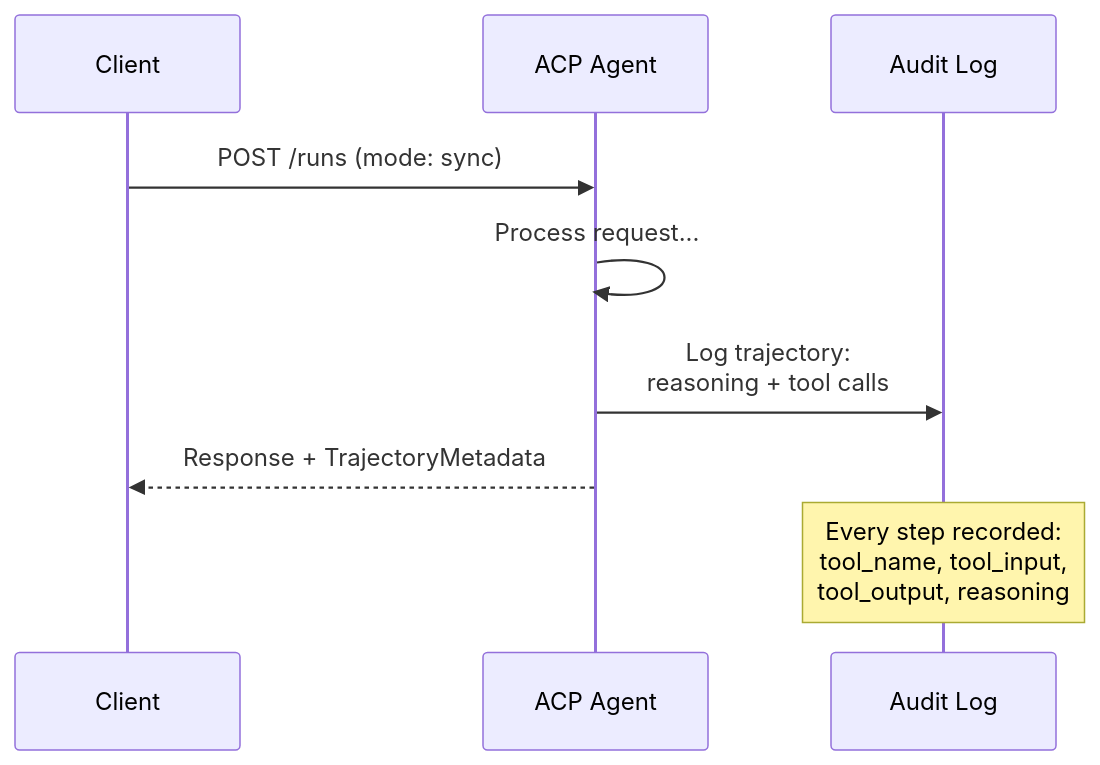
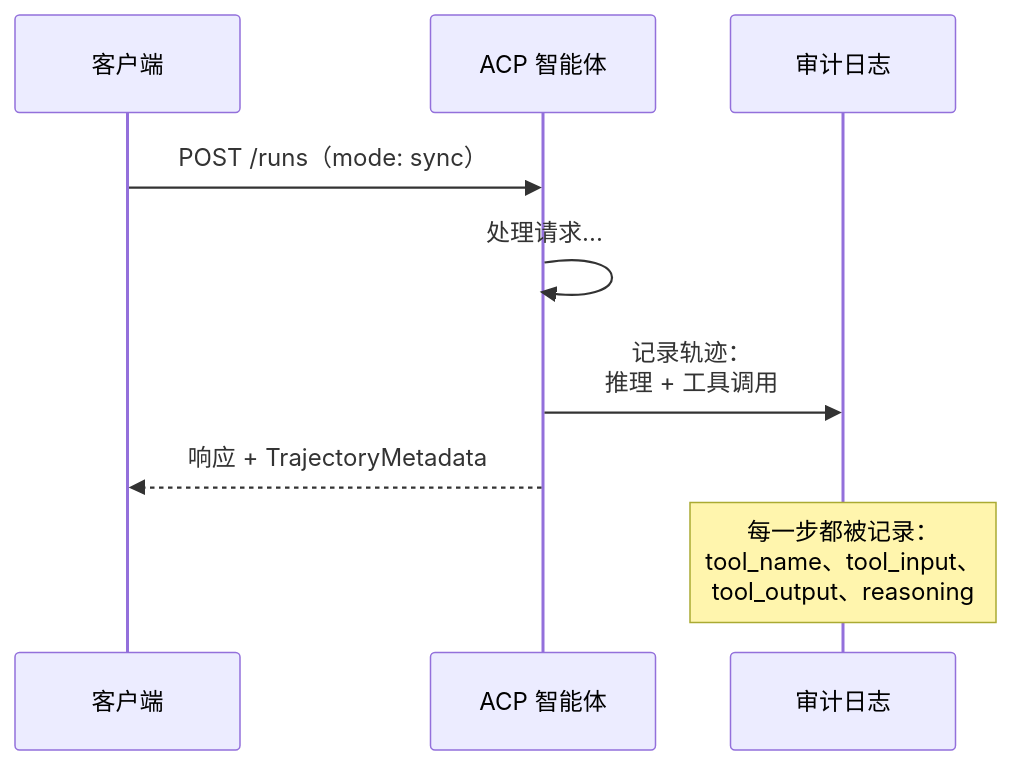
The fifth of 13 diagrams in phases/16-multi-agent-and-swarms/03-communication-protocols/docs/zh-CN.md (husky1102/ai-engineering-from-scratch-zh), drawn with Mermaid before and after one commit. The commit also changed other lines of this file and 1 other file, not shown here.

````diff
--- a/phases/16-multi-agent-and-swarms/03-communication-protocols/docs/zh-CN.md
+++ b/phases/16-multi-agent-and-swarms/03-communication-protocols/docs/zh-CN.md
@@ -293,12 +293,12 @@
 ```mermaid
 sequenceDiagram
-    participant Client
-    participant ACP as ACP Agent
-    participant Audit as Audit Log
+    participant Client as 客户端
+    participant ACP as ACP 智能体
+    participant Audit as 审计日志
 
-    Client->>ACP: POST /runs (mode: sync)
-    ACP->>ACP: Process request...
-    ACP->>Audit: Log trajectory:<br/>reasoning + tool calls
-    ACP-->>Client: Response + TrajectoryMetadata
-    Note over Audit: Every step recorded:<br/>tool_name, tool_input,<br/>tool_output, reasoning
+    Client->>ACP: POST /runs（mode: sync）
+    ACP->>ACP: 处理请求...
+    ACP->>Audit: 记录轨迹：<br/>推理 + 工具调用
+    ACP-->>Client: 响应 + TrajectoryMetadata
+    Note over Audit: 每一步都被记录：<br/>tool_name、tool_input、<br/>tool_output、reasoning
 ```
````
